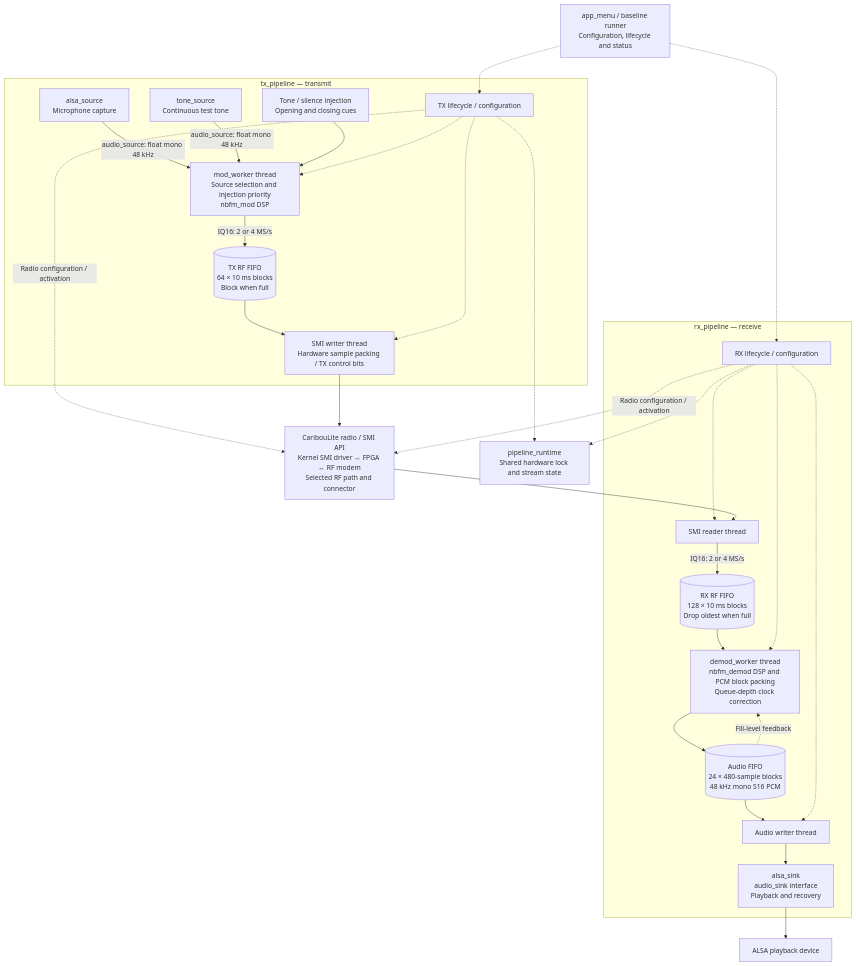
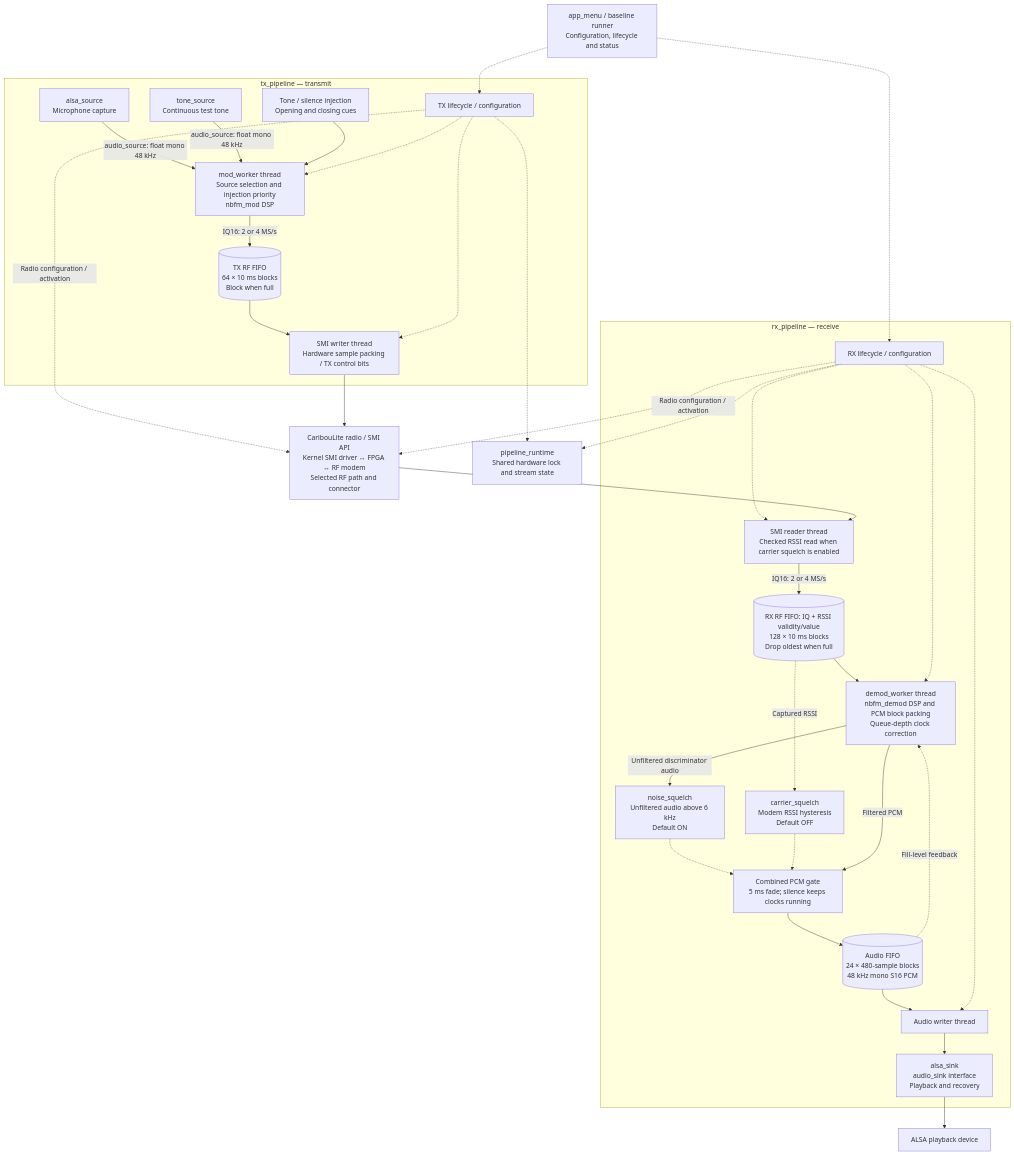
The first of 2 diagrams in docs/audio-dsp-interfaces.md (Habraken/cariboulite), drawn with Mermaid before and after one commit. The commit also changed other lines of this file and 21 other files, not shown here.

Commit message:
Add RX noise and carrier squelch with accepted RSSI thresholds

````diff
--- a/docs/audio-dsp-interfaces.md
+++ b/docs/audio-dsp-interfaces.md
@@ -43,53 +45,61 @@
 ```mermaid
 flowchart TB
     menu["app_menu / baseline runner<br/>Configuration, lifecycle and status"]
     runtime["pipeline_runtime<br/>Shared hardware lock and stream state"]
 
     subgraph tx["tx_pipeline — transmit"]
         txctl["TX lifecycle / configuration"]
         mic["alsa_source<br/>Microphone capture"]
         tone["tone_source<br/>Continuous test tone"]
         cue["Tone / silence injection<br/>Opening and closing cues"]
         mod["mod_worker thread<br/>Source selection and injection priority<br/>nbfm_mod DSP"]
         txq[("TX RF FIFO<br/>64 × 10 ms blocks<br/>Block when full")]
         writer["SMI writer thread<br/>Hardware sample packing / TX control bits"]
         mic -->|"audio_source: float mono 48 kHz"| mod
         tone -->|"audio_source: float mono 48 kHz"| mod
         cue --> mod
         mod -->|"IQ16: 2 or 4 MS/s"| txq
         txq --> writer
         txctl -.-> mod
         txctl -.-> writer
     end
 
     radio["CaribouLite radio / SMI API<br/>Kernel SMI driver ↔ FPGA ↔ RF modem<br/>Selected RF path and connector"]
 
     subgraph rx["rx_pipeline — receive"]
         rxctl["RX lifecycle / configuration"]
-        reader["SMI reader thread"]
-        rxq[("RX RF FIFO<br/>128 × 10 ms blocks<br/>Drop oldest when full")]
+        reader["SMI reader thread<br/>Checked RSSI read when carrier squelch is enabled"]
+        rxq[("RX RF FIFO: IQ + RSSI validity/value<br/>128 × 10 ms blocks<br/>Drop oldest when full")]
         demod["demod_worker thread<br/>nbfm_demod DSP and PCM block packing<br/>Queue-depth clock correction"]
+        noise["noise_squelch<br/>Unfiltered audio above 6 kHz<br/>Default ON"]
+        carrier["carrier_squelch<br/>Modem RSSI hysteresis<br/>Default OFF"]
+        gate["Combined PCM gate<br/>5 ms fade; silence keeps clocks running"]
         aq[("Audio FIFO<br/>24 × 480-sample blocks<br/>48 kHz mono S16 PCM")]
         playback["Audio writer thread"]
         sink["alsa_sink<br/>audio_sink interface<br/>Playback and recovery"]
         reader -->|"IQ16: 2 or 4 MS/s"| rxq
         rxq --> demod
-        demod --> aq
+        demod -->|"Unfiltered discriminator audio"| noise
+        rxq -.->|"Captured RSSI"| carrier
+        noise -.-> gate
+        carrier -.-> gate
+        demod -->|"Filtered PCM"| gate
+        gate --> aq
         aq --> playback
         playback --> sink
         aq -.->|"Fill-level feedback"| demod
         rxctl -.-> reader
         rxctl -.-> demod
         rxctl -.-> playback
     end
 
     menu -.-> txctl
     menu -.-> rxctl
     txctl -.-> runtime
     rxctl -.-> runtime
     txctl -.->|"Radio configuration / activation"| radio
     rxctl -.->|"Radio configuration / activation"| radio
     writer --> radio
     radio --> reader
     sink --> speakers["ALSA playback device"]
 ```
````
